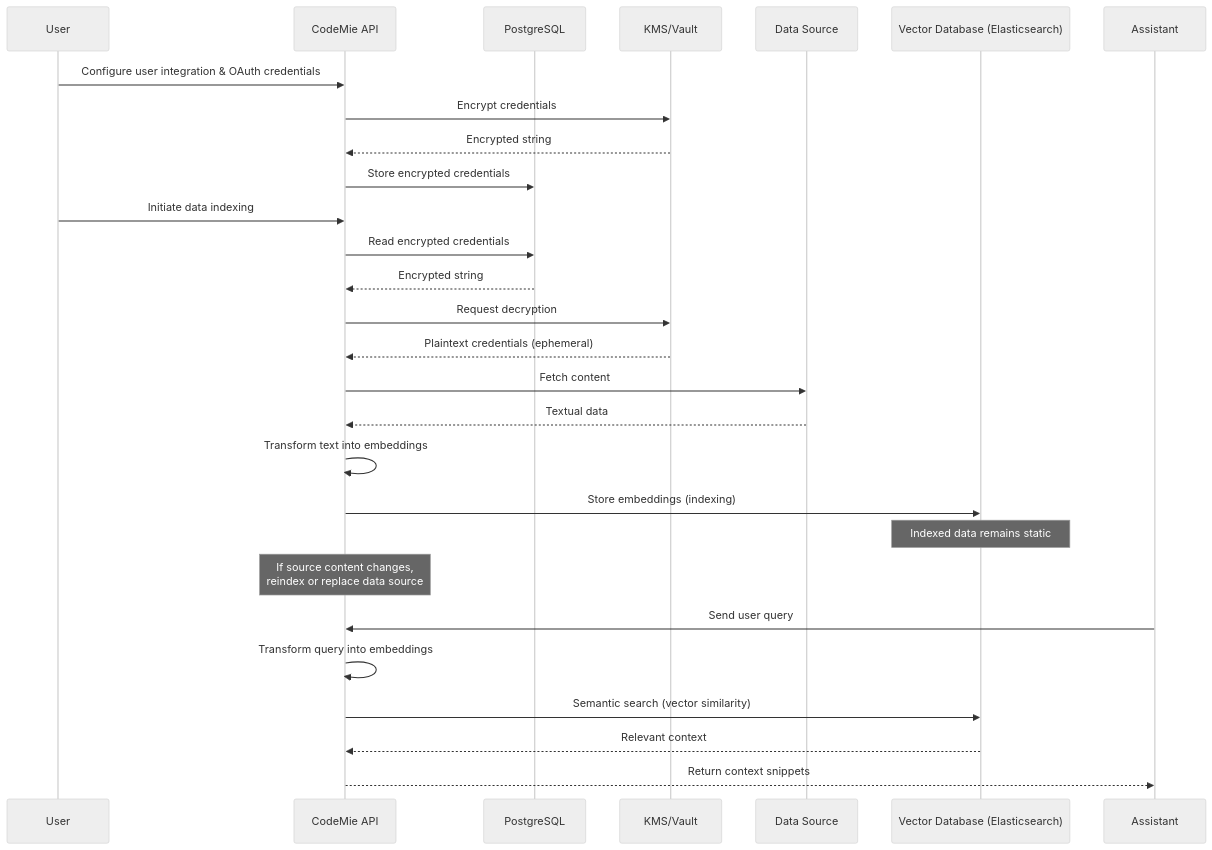
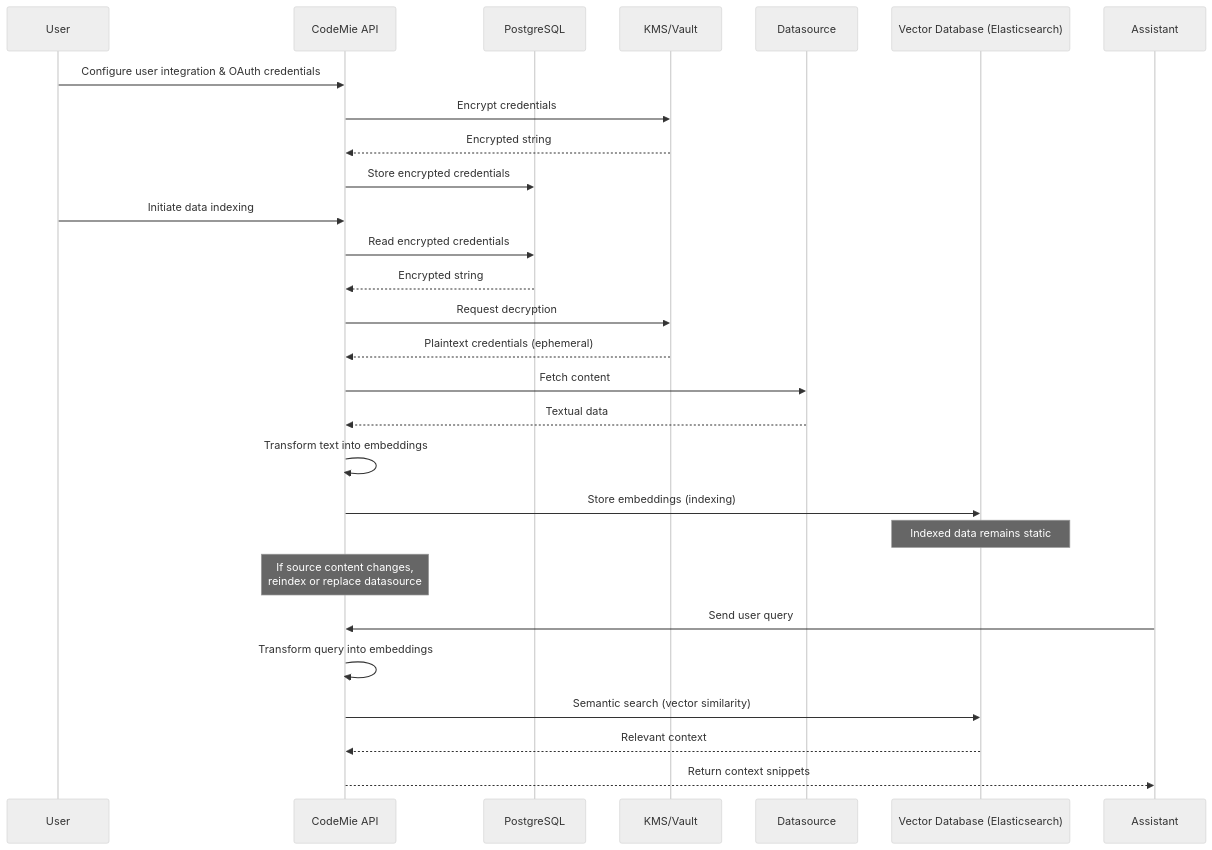
Before and after one commit to codemie-ai/docs: the third of 4 diagrams in docs/admin/security/data-processing-storage.md, drawn with Mermaid (neutral theme). The commit also changed other lines of this file, not shown here.

Commit message:
docs: update data retention and diagrams

````diff
--- a/docs/admin/security/data-processing-storage.md
+++ b/docs/admin/security/data-processing-storage.md
@@ -160,35 +169,35 @@
 ```mermaid
 sequenceDiagram
   participant User
   participant API as CodeMie API
   participant DB as PostgreSQL
   participant KMS as KMS/Vault
-  participant DS as Data Source
+  participant DS as Datasource
   participant ES as Vector Database (Elasticsearch)
   participant Assistant as Assistant
 
   User->>API: Configure user integration & OAuth credentials
   API->>KMS: Encrypt credentials
   KMS-->>API: Encrypted string
   API->>DB: Store encrypted credentials
 
   User->>API: Initiate data indexing
   API->>DB: Read encrypted credentials
   DB-->>API: Encrypted string
   API->>KMS: Request decryption
   KMS-->>API: Plaintext credentials (ephemeral)
 
   API->>DS: Fetch content
   DS-->>API: Textual data
   API->>API: Transform text into embeddings
   API->>ES: Store embeddings (indexing)
 
   Note over ES: Indexed data remains static
-  Note over API: If source content changes,<br/>reindex or replace data source
+  Note over API: If source content changes,<br/>reindex or replace datasource
 
   Assistant->>API: Send user query
   API->>API: Transform query into embeddings
   API->>ES: Semantic search (vector similarity)
   ES-->>API: Relevant context
   API-->>Assistant: Return context snippets
 ```
````
